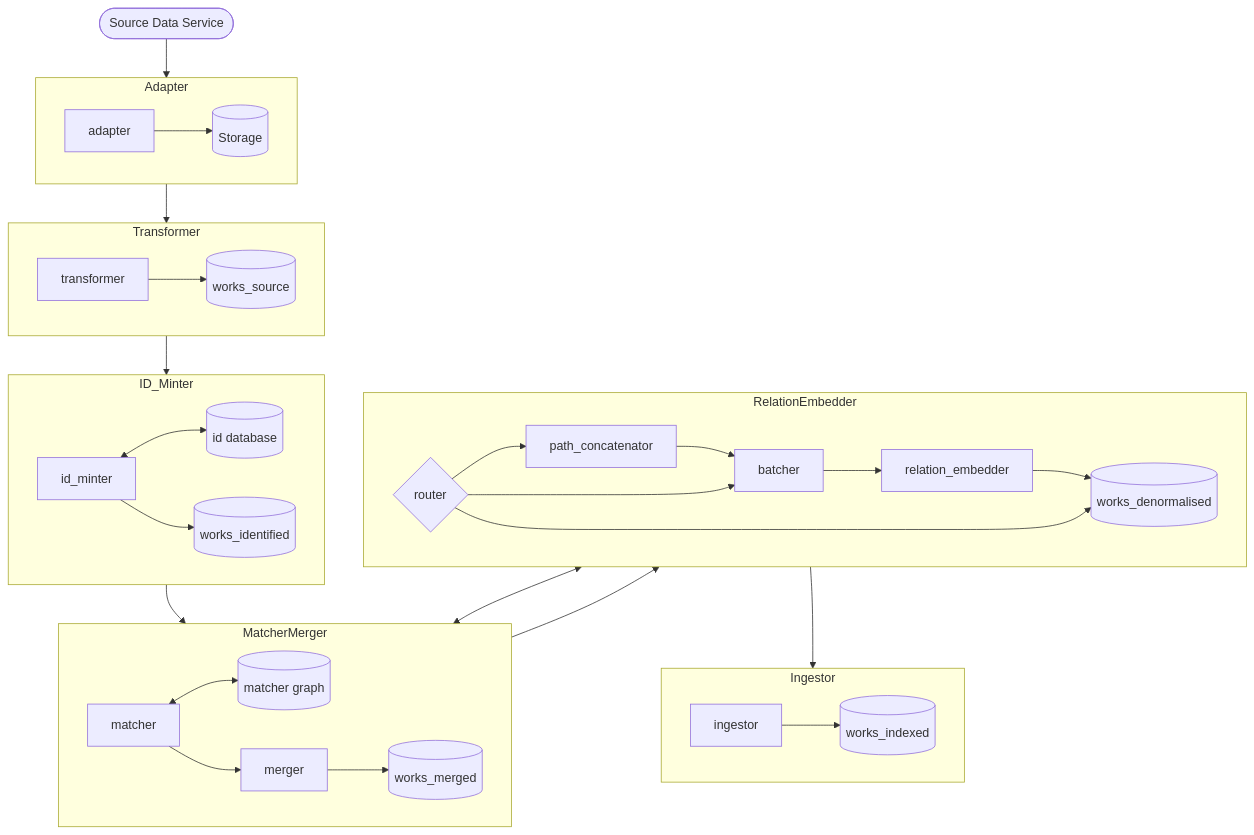
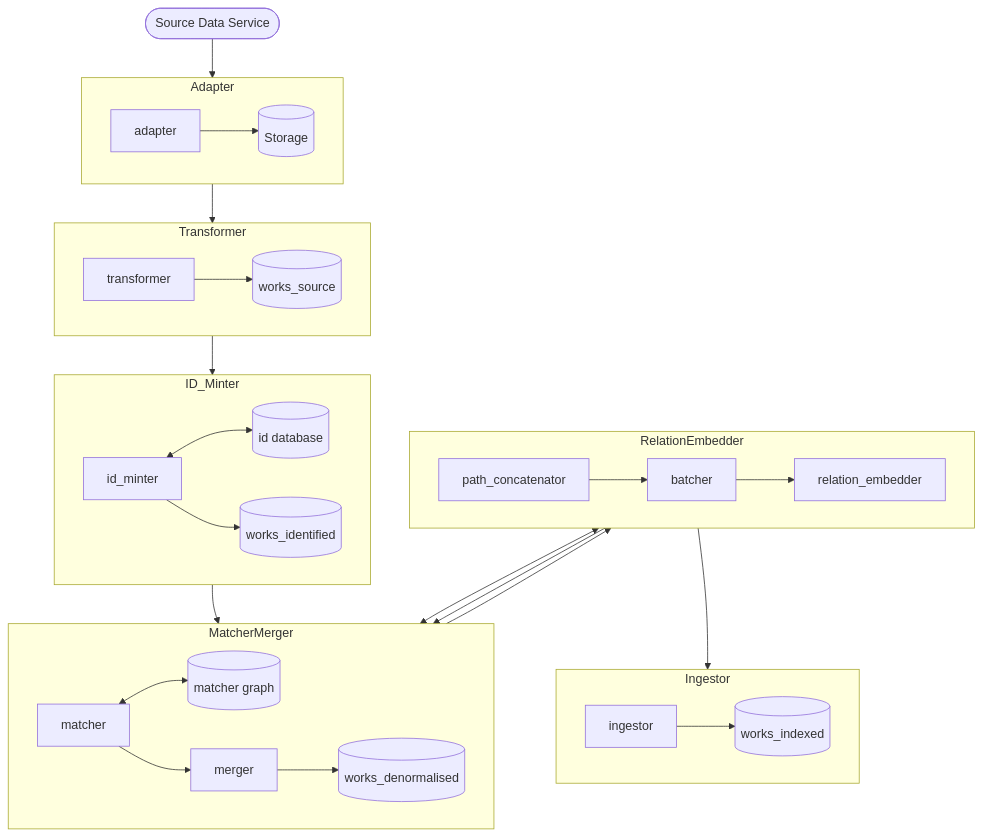
One commit to wellcomecollection/catalogue-pipeline changed the diagram in pipeline/README.md. Above: the diagram before and after it, drawn with Mermaid. The commit also changed other lines of this file and 9 other files, not shown here.

````diff
--- a/pipeline/README.md
+++ b/pipeline/README.md
@@ -7,59 +7,55 @@
 ```mermaid
 flowchart TB
  start([Source Data Service]) --> Adapter
     storage[(Storage)]
 
     subgraph Adapter
         direction LR
         adapter --> storage
     end
 
     works_source[(works_source)]
     subgraph Transformer
         direction LR
         transformer --> works_source
     end
 
     id_database[(id database)]
     works_identified[(works_identified)]
     subgraph ID_Minter
         direction LR
         id_minter <--> id_database
         id_minter --> works_identified
     end
 
     matchergraph[(matcher graph)]
-    works_merged[(works_merged)]
+
     subgraph MatcherMerger
         direction LR
         matcher <--> matchergraph
         matcher --> merger
-        merger --> works_merged
+        merger --> works_denormalised
     end
 
     works_denormalised[(works_denormalised)]
-    router{router}
     subgraph RelationEmbedder
         direction LR
-        router --> path_concatenator
-        path_concatenator <--> works_merged
+        path_concatenator <--> works_denormalised
         path_concatenator --> batcher
-        router --> batcher
         batcher --> relation_embedder
         relation_embedder --> works_denormalised
-        router --> works_denormalised
     end
 
     works_indexed[(works_indexed)]
     subgraph Ingestor
         direction LR
         ingestor --> works_indexed
     end
 
     Adapter --> Transformer
     Transformer --> ID_Minter
     ID_Minter --> MatcherMerger
     MatcherMerger --> RelationEmbedder
     RelationEmbedder --> Ingestor
 
 ```
````
